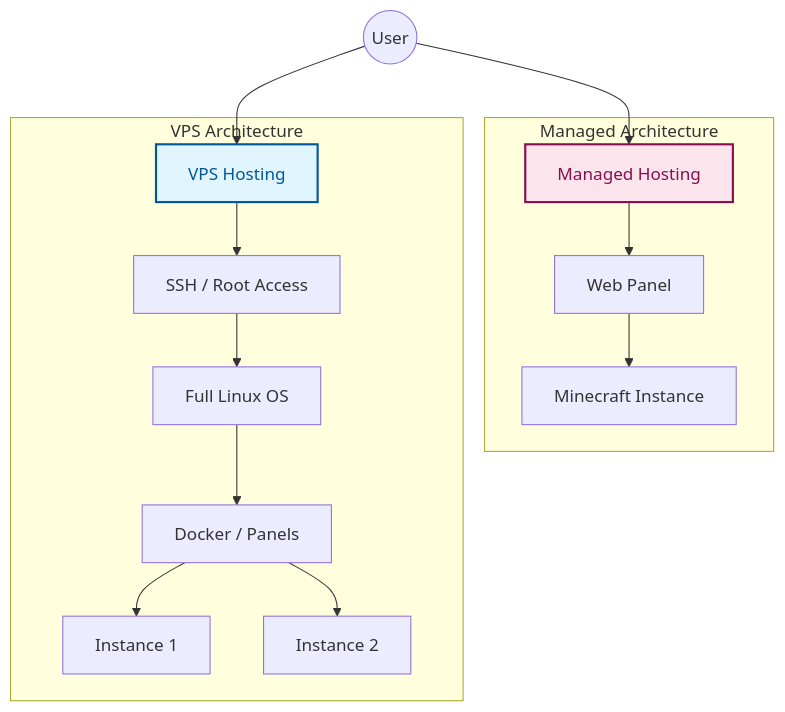
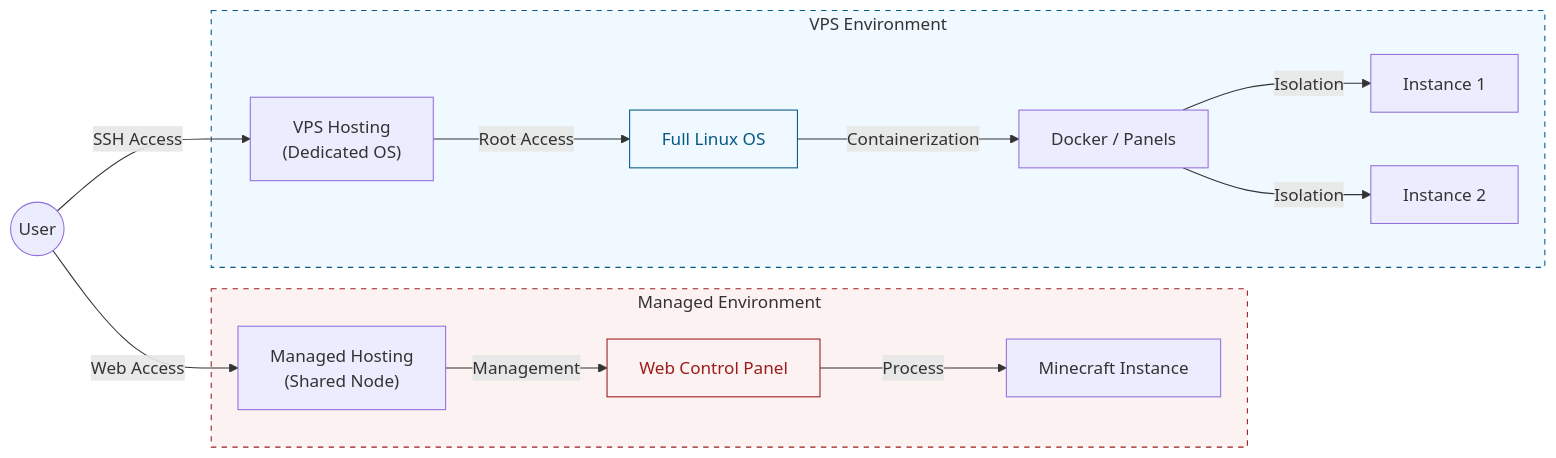
One commit to Earth1283/OpenWiki changed the first of 3 diagrams in docs/source/vps_hosting.rst. Above: the diagram before and after it, drawn with Mermaid. The commit also changed other lines of this file and 5 other files, not shown here.

Commit message:
added more mermaids

```diff
--- a/docs/source/vps_hosting.rst
+++ b/docs/source/vps_hosting.rst
@@ -11,20 +11,22 @@
 .. mermaid::
 
-   graph TD
-       User((User)) --> Managed[Managed Hosting]
-       User --> VPS[VPS Hosting]
+   graph LR
+       User((User)) -- Web Access --> Managed["Managed Hosting<br/>(Shared Node)"]
+       User -- SSH Access --> VPS["VPS Hosting<br/>(Dedicated OS)"]
        
-       subgraph Managed Architecture
-           Managed --> Panel[Web Panel]
-           Panel --> Game[Minecraft Instance]
-           style Managed fill:#fce4ec,stroke:#880e4f,stroke-width:2px,color:#880e4f
+       subgraph Managed_Env [Managed Environment]
+           Managed -- Management --> Panel[Web Control Panel]
+           Panel -- Process --> Game[Minecraft Instance]
        end
        
-       subgraph VPS Architecture
-           VPS --> SSH[SSH / Root Access]
-           SSH --> OS[Full Linux OS]
-           OS --> Docker[Docker / Panels]
-           Docker --> Instance1[Instance 1]
-           Docker --> Instance2[Instance 2]
-           style VPS fill:#e1f5fe,stroke:#01579b,stroke-width:2px,color:#01579b
+       subgraph VPS_Env [VPS Environment]
+           VPS -- Root Access --> OS[Full Linux OS]
+           OS -- Containerization --> Docker[Docker / Panels]
+           Docker -- Isolation --> Instance1[Instance 1]
+           Docker -- Isolation --> Instance2[Instance 2]
        end
+       
+       style Managed_Env fill:#fdf2f2,stroke:#9b1c1c,stroke-dasharray: 5 5
+       style VPS_Env fill:#f0f9ff,stroke:#075985,stroke-dasharray: 5 5
+       style Panel fill:#fdf2f2,stroke:#9b1c1c,color:#9b1c1c
+       style OS fill:#f0f9ff,stroke:#075985,color:#075985
```
